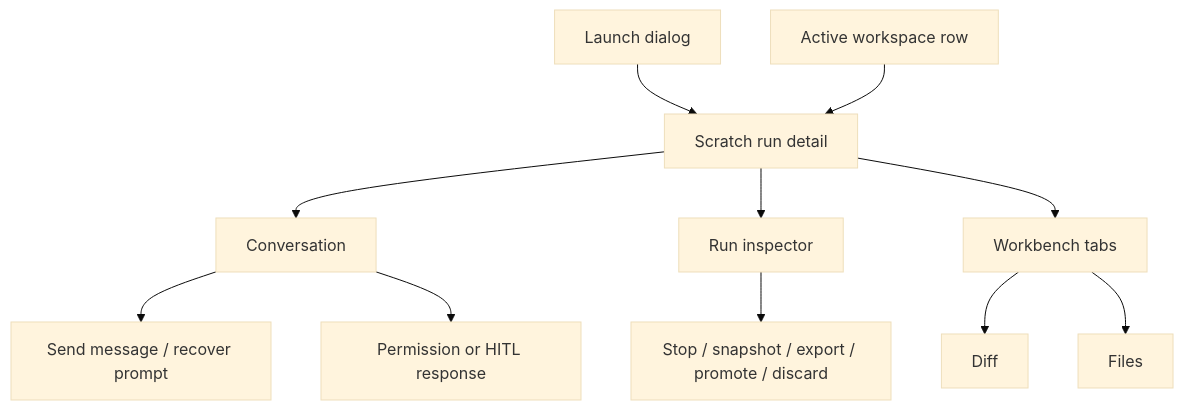
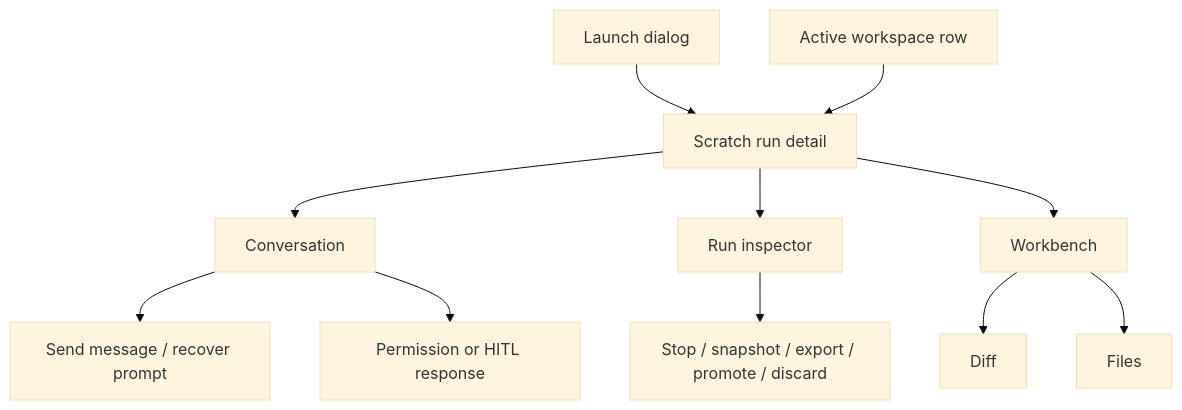
Before and after one commit to maister-dev/maister: the first of 2 diagrams in docs/screens/runs/scratch-run.md, drawn with Mermaid (base theme). The commit also changed other lines of this file and 27 other files, not shown here.

````diff
--- a/docs/screens/runs/scratch-run.md
+++ b/docs/screens/runs/scratch-run.md
@@ -50,13 +51,13 @@
 ```mermaid
 flowchart TD
     Launch["Launch dialog"] --> Scratch["Scratch run detail"]
     Workspace["Active workspace row"] --> Scratch
     Scratch --> Conversation["Conversation"]
     Scratch --> Inspector["Run inspector"]
-    Scratch --> Workbench["Workbench tabs"]
+    Scratch --> Workbench["Workbench"]
     Conversation --> Message["Send message / recover prompt"]
     Conversation --> Permission["Permission or HITL response"]
     Inspector --> Actions["Stop / snapshot / export / promote / discard"]
     Workbench --> Diff["Diff"]
     Workbench --> Files["Files"]
 ```
````
